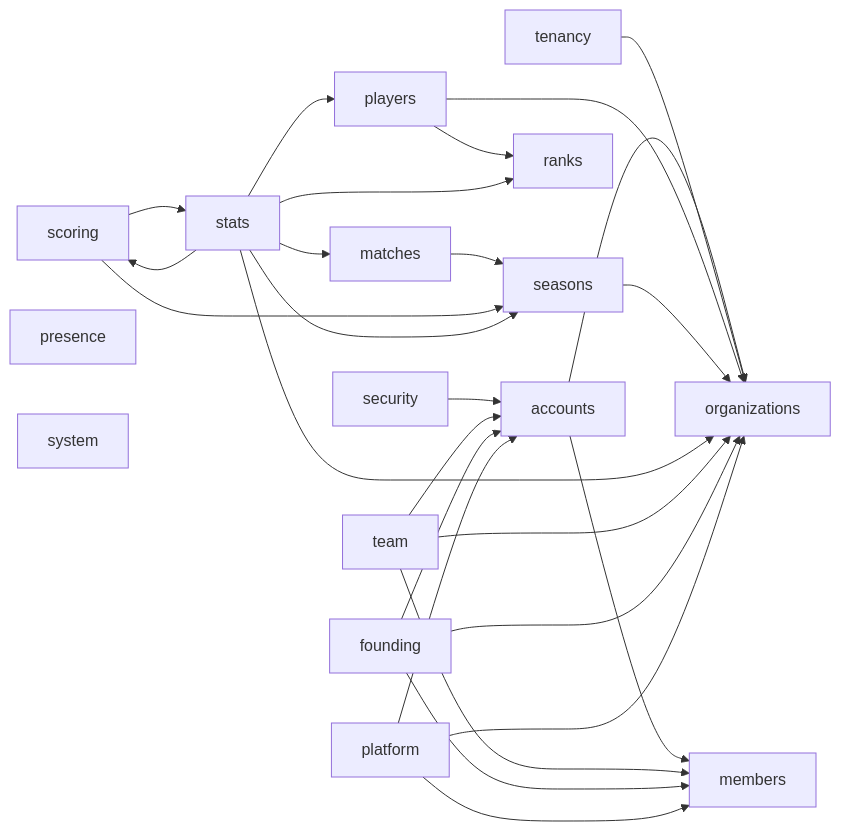
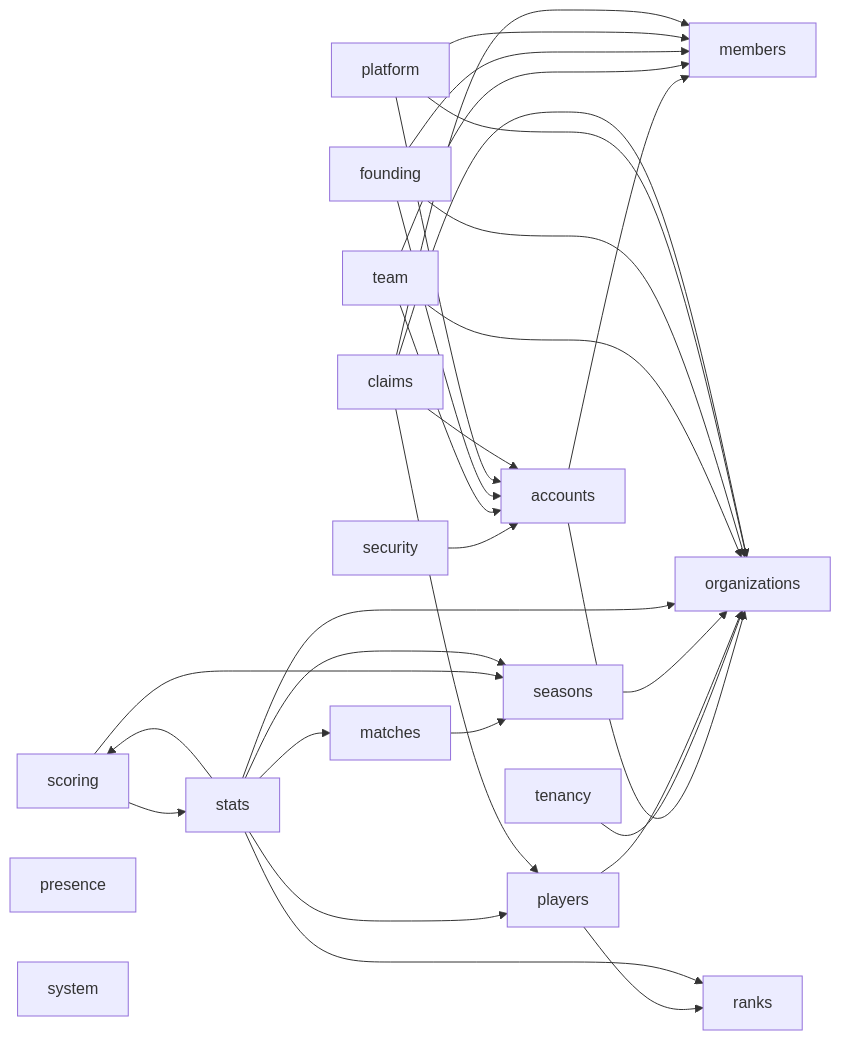
The third of 7 diagrams in docs/context-graph.md (irmahs-labs/tournament-leaderboard), drawn with Mermaid before and after one commit. The commit also changed other lines of this file and 27 other files, not shown here.

````diff
--- a/docs/context-graph.md
+++ b/docs/context-graph.md
@@ -42,30 +42,34 @@
 ```mermaid
 flowchart LR
     security --> accounts
     accounts --> members
     accounts --> organizations
     tenancy --> organizations
     players --> organizations
     players --> ranks
     seasons --> organizations
     matches --> seasons
     scoring --> seasons
     scoring --> stats
     stats --> matches
     stats --> organizations
     stats --> players
     stats --> ranks
     stats --> scoring
     stats --> seasons
     team --> accounts
     team --> members
     team --> organizations
     founding --> accounts
     founding --> members
     founding --> organizations
     platform --> accounts
     platform --> members
     platform --> organizations
+    claims --> accounts
+    claims --> members
+    claims --> organizations
+    claims --> players
     presence
     system
 ```
````
